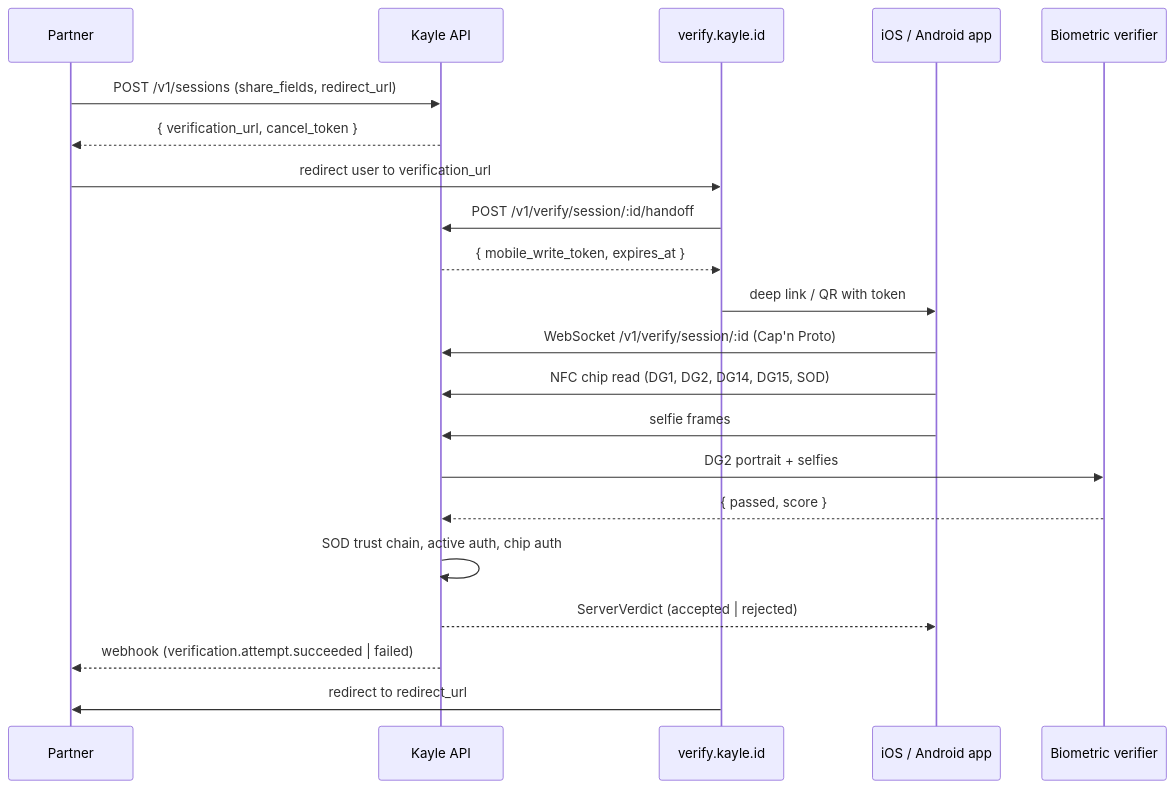
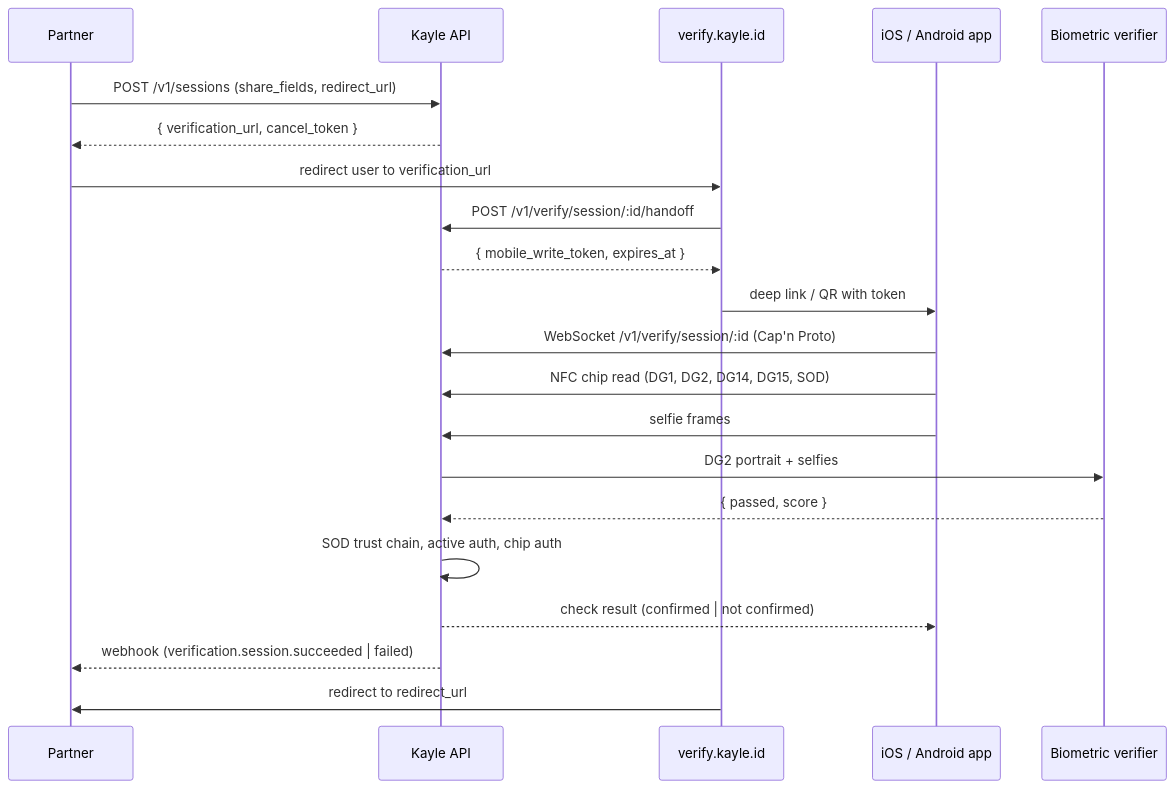
Before and after one commit to KayleAI/kayle-id-v1: the diagram in docs/concepts/how-it-works.mdx, drawn with Mermaid. The commit also changed other lines of this file and 808 other files, not shown here.

````diff
--- a/docs/concepts/how-it-works.mdx
+++ b/docs/concepts/how-it-works.mdx
@@ -26,24 +26,24 @@
 ```mermaid
 sequenceDiagram
     participant Partner
     participant API as Kayle API
     participant Verify as verify.kayle.id
     participant Mobile as iOS / Android app
     participant Biometric as Biometric verifier
 
     Partner->>API: POST /v1/sessions (share_fields, redirect_url)
     API-->>Partner: { verification_url, cancel_token }
     Partner->>Verify: redirect user to verification_url
     Verify->>API: POST /v1/verify/session/:id/handoff
     API-->>Verify: { mobile_write_token, expires_at }
     Verify->>Mobile: deep link / QR with token
     Mobile->>API: WebSocket /v1/verify/session/:id (Cap'n Proto)
     Mobile->>API: NFC chip read (DG1, DG2, DG14, DG15, SOD)
     Mobile->>API: selfie frames
     API->>Biometric: DG2 portrait + selfies
     Biometric-->>API: { passed, score }
     API->>API: SOD trust chain, active auth, chip auth
-    API-->>Mobile: ServerVerdict (accepted | rejected)
-    API-->>Partner: webhook (verification.attempt.succeeded | failed)
+    API-->>Mobile: check result (confirmed | not confirmed)
+    API-->>Partner: webhook (verification.session.succeeded | failed)
     Verify->>Partner: redirect to redirect_url
 ```
````
